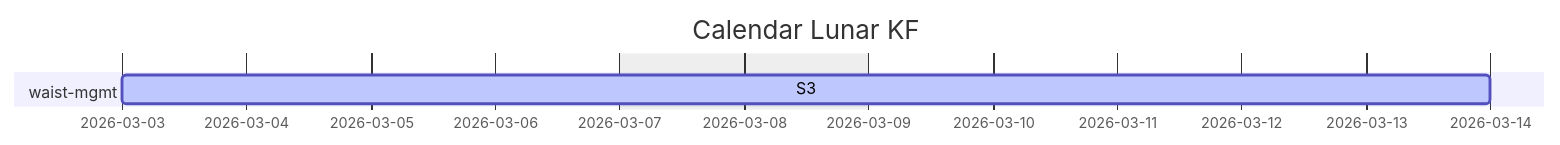
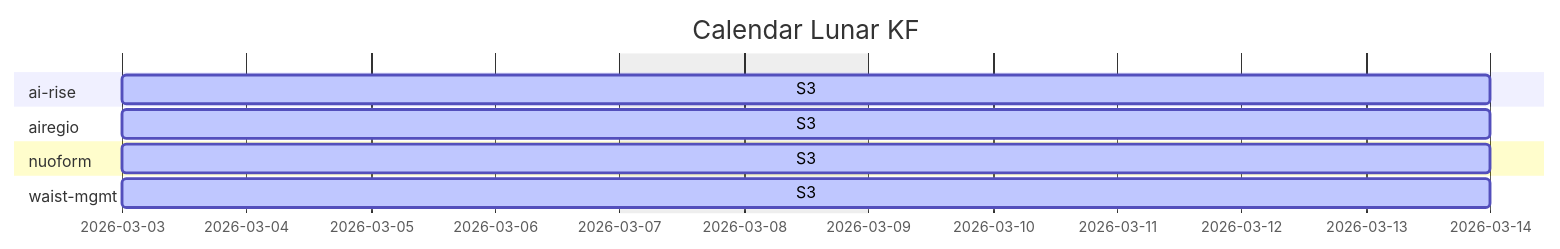
The second of 2 diagrams in docs/unified-calendar.md (Katty-Fashion/kf-cpto), drawn with Mermaid before and after one commit. The commit also changed other lines of this file and 21 other files, not shown here.

First line of the commit message:
refactor: migrate KF-CPTO dashboard to zero-config discovery architecture

````diff
--- a/docs/unified-calendar.md
+++ b/docs/unified-calendar.md
@@ -22,9 +22,15 @@
 ```mermaid
 gantt
     title Calendar Lunar KF
     dateFormat YYYY-MM-DD
     excludes weekends
 
+    section ai-rise
+    S3 :active, 2026-03-03, 2026-03-14
+    section airegio
+    S3 :active, 2026-03-03, 2026-03-14
+    section nuoform
+    S3 :active, 2026-03-03, 2026-03-14
     section waist-mgmt
     S3 :active, 2026-03-03, 2026-03-14
 ```
````
